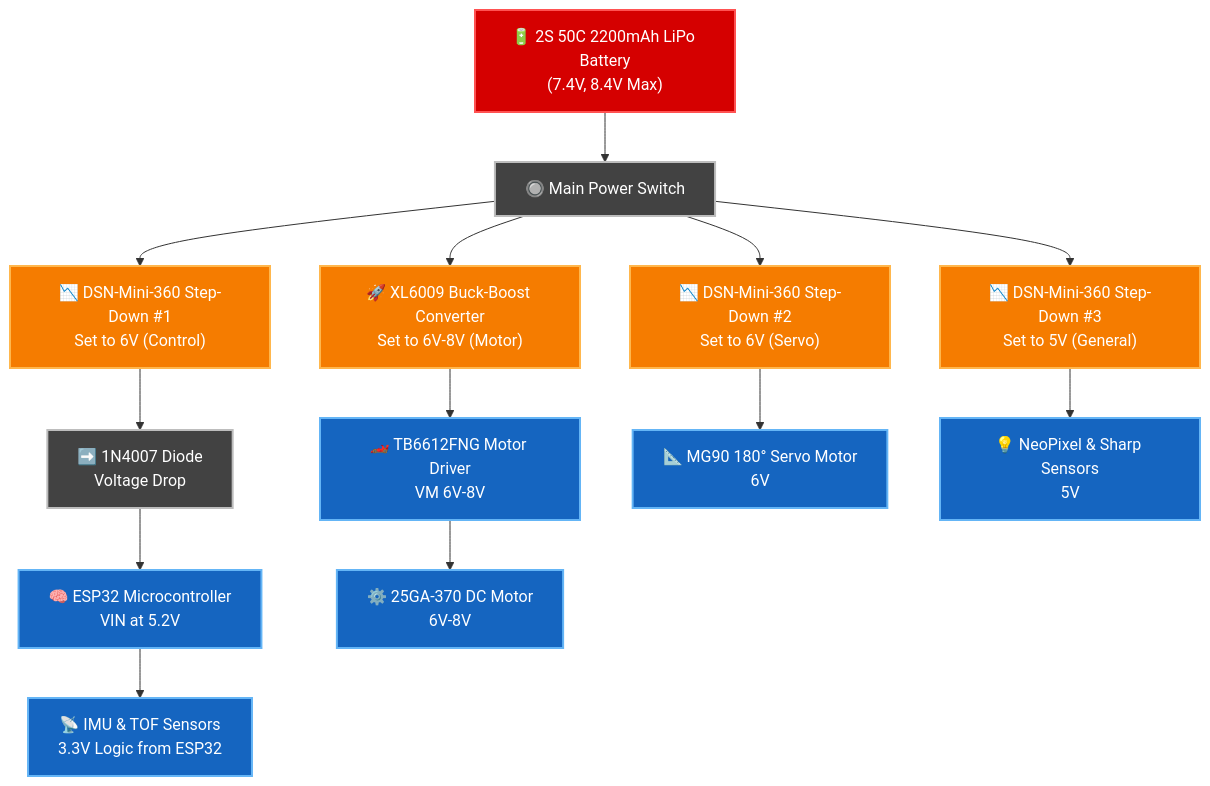
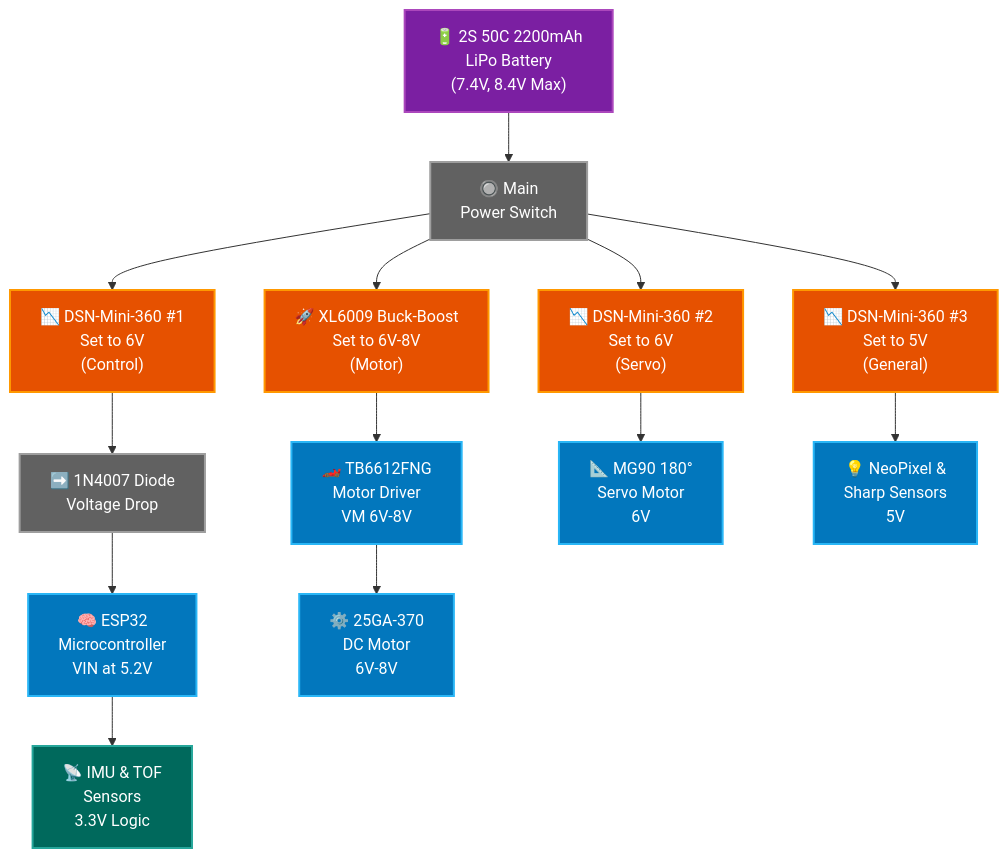
The second of 16 diagrams in README.md (erchivox/Prometheus-Team-2026), drawn with Mermaid before and after one commit.

Commit message:
Refine Mermaid diagram colors and component labels

````diff
--- a/README.md
+++ b/README.md
@@ -399,42 +399,44 @@
 ```mermaid
 graph TD
-    classDef bat fill:#d50000,stroke:#ff5252,stroke-width:2px,color:#fff;
-    classDef sw fill:#424242,stroke:#bdbdbd,stroke-width:2px,color:#fff;
-    classDef reg fill:#f57c00,stroke:#ffb74d,stroke-width:2px,color:#fff;
-    classDef load fill:#1565c0,stroke:#64b5f6,stroke-width:2px,color:#fff;
+    %% Definición de colores
+    classDef bat fill:#7b1fa2,stroke:#ab47bc,stroke-width:2px,color:#fff;
+    classDef sw fill:#616161,stroke:#9e9e9e,stroke-width:2px,color:#fff;
+    classDef reg fill:#e65100,stroke:#ff9800,stroke-width:2px,color:#fff;
+    classDef load fill:#0277bd,stroke:#29b6f6,stroke-width:2px,color:#fff;
+    classDef logic fill:#00695c,stroke:#26a69a,stroke-width:2px,color:#fff;
 
-    BAT["🔋 2S 50C 2200mAh LiPo Battery<br>(7.4V, 8.4V Max)"]:::bat
-    SW["🔘 Main Power Switch"]:::sw
+    BAT["🔋 2S 50C 2200mAh<br>LiPo Battery<br>(7.4V, 8.4V Max)"]:::bat
+    SW["🔘 Main<br>Power Switch"]:::sw
 
-    XL["🚀 XL6009 Buck-Boost Converter<br>Set to 6V-8V (Motor)"]:::reg
-    SD1["📉 DSN-Mini-360 Step-Down #1<br>Set to 6V (Control)"]:::reg
+    XL["🚀 XL6009 Buck-Boost<br>Set to 6V-8V<br>(Motor)"]:::reg
+    SD1["📉 DSN-Mini-360 #1<br>Set to 6V<br>(Control)"]:::reg
     DIODE["➡️ 1N4007 Diode<br>Voltage Drop"]:::sw
-    SD2["📉 DSN-Mini-360 Step-Down #2<br>Set to 6V (Servo)"]:::reg
-    SD3["📉 DSN-Mini-360 Step-Down #3<br>Set to 5V (General)"]:::reg
+    SD2["📉 DSN-Mini-360 #2<br>Set to 6V<br>(Servo)"]:::reg
+    SD3["📉 DSN-Mini-360 #3<br>Set to 5V<br>(General)"]:::reg
 
-    ESP32["🧠 ESP32 Microcontroller<br>VIN at 5.2V"]:::load
-    DRIVER["🏎️ TB6612FNG Motor Driver<br>VM 6V-8V"]:::load
-    MOTOR["⚙️ 25GA-370 DC Motor<br>6V-8V"]:::load
-    SERVO["📐 MG90 180° Servo Motor<br>6V"]:::load
-    SENS5V["💡 NeoPixel & Sharp Sensors<br>5V"]:::load
-    SENS3V["📡 IMU & TOF Sensors<br>3.3V Logic from ESP32"]:::load
+    ESP32["🧠 ESP32<br>Microcontroller<br>VIN at 5.2V"]:::load
+    DRIVER["🏎️ TB6612FNG<br>Motor Driver<br>VM 6V-8V"]:::load
+    MOTOR["⚙️ 25GA-370<br>DC Motor<br>6V-8V"]:::load
+    SERVO["📐 MG90 180°<br>Servo Motor<br>6V"]:::load
+    SENS5V["💡 NeoPixel &<br>Sharp Sensors<br>5V"]:::load
+    SENS3V["📡 IMU & TOF<br>Sensors<br>3.3V Logic"]:::logic
 
     BAT --> SW
 
     SW --> XL
     SW --> SD1
     SW --> SD2
     SW --> SD3
 
     XL --> DRIVER
     DRIVER --> MOTOR
 
     SD1 --> DIODE
     DIODE --> ESP32
 
     SD2 --> SERVO
     
     SD3 --> SENS5V
     
     ESP32 --> SENS3V
 ```
````
